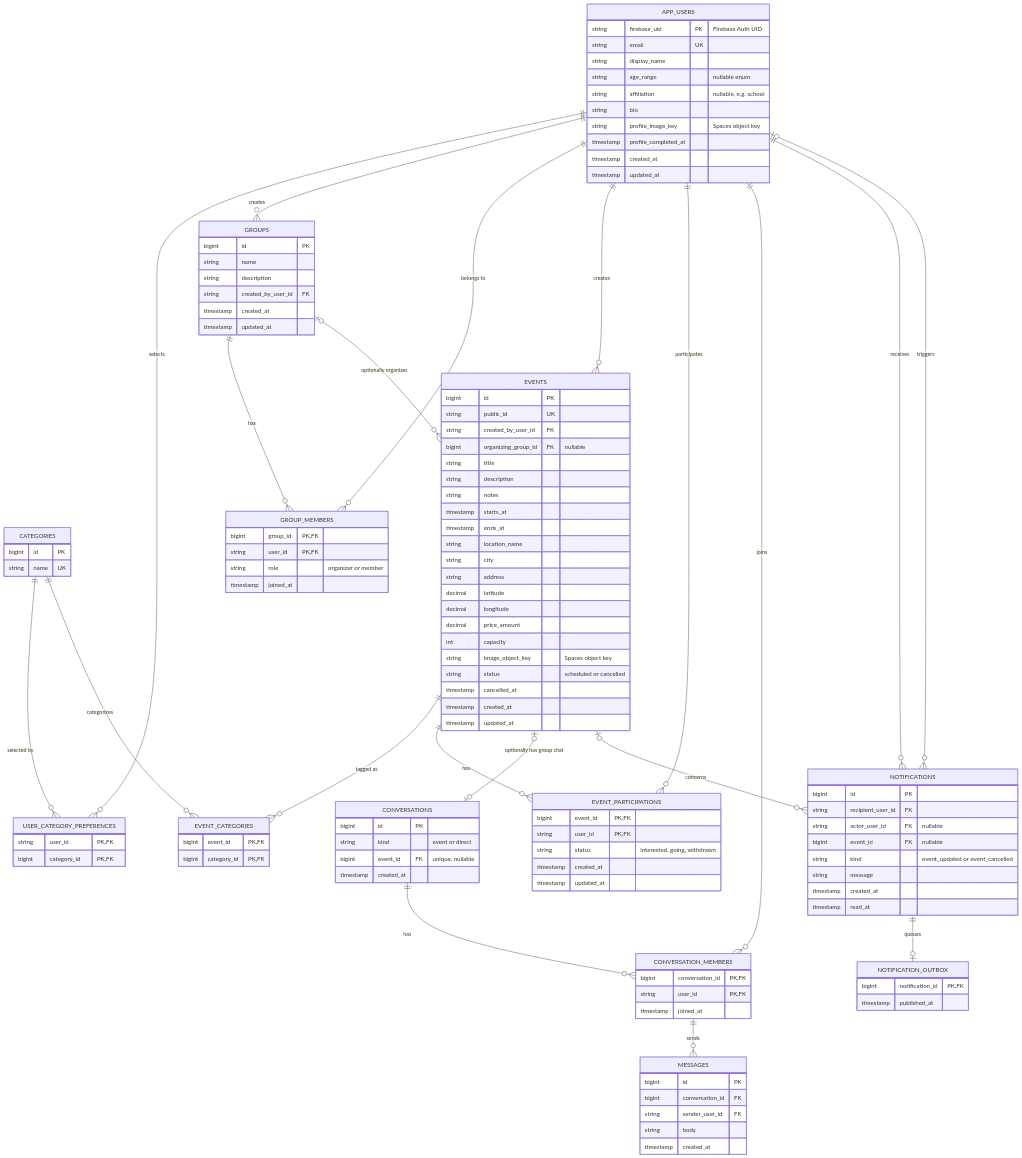
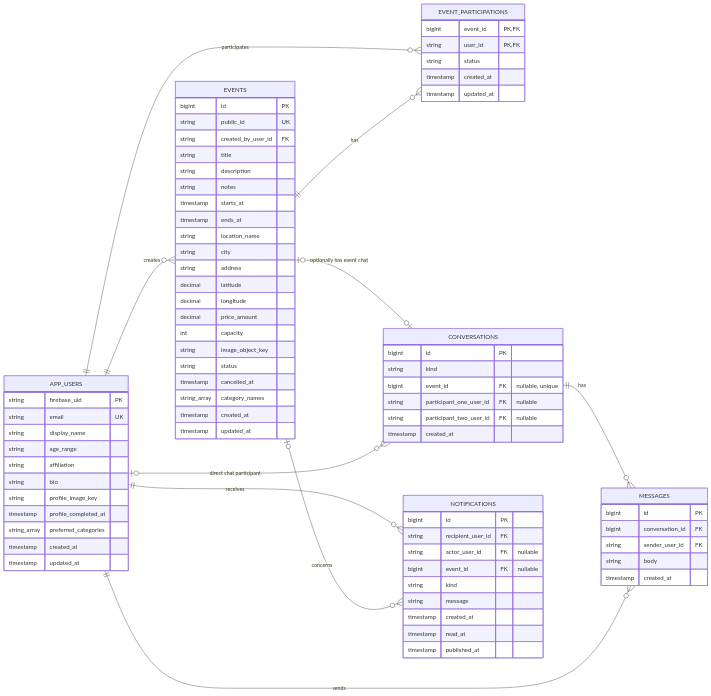
One commit to IreneLime/event-buddy-finder changed the diagram in images/database-erd.mmd. Above: the diagram before and after it, drawn with Mermaid. The commit also changed 32 other files, not shown here.

Commit message:
Implement six-table PostgreSQL schema consolidation

```diff
--- a/images/database-erd.mmd
+++ b/images/database-erd.mmd
@@ -1,134 +1,87 @@
-%%{init: {"er": {"fontSize": 12}}}%%
+%%{init: {"er": {"fontSize": 11}}}%%
 erDiagram
-    APP_USERS ||--o{ USER_CATEGORY_PREFERENCES : selects
-    CATEGORIES ||--o{ USER_CATEGORY_PREFERENCES : "selected by"
-    APP_USERS ||--o{ GROUPS : creates
-    APP_USERS ||--o{ GROUP_MEMBERS : "belongs to"
-    GROUPS ||--o{ GROUP_MEMBERS : has
+    direction LR
     APP_USERS ||--o{ EVENTS : creates
-    GROUPS |o--o{ EVENTS : "optionally organizes"
-    EVENTS ||--o{ EVENT_CATEGORIES : "tagged as"
-    CATEGORIES ||--o{ EVENT_CATEGORIES : categorizes
+    APP_USERS ||--o{ EVENT_PARTICIPATIONS : participates
     EVENTS ||--o{ EVENT_PARTICIPATIONS : has
-    APP_USERS ||--o{ EVENT_PARTICIPATIONS : participates
-    EVENTS |o--o| CONVERSATIONS : "optionally has group chat"
-    CONVERSATIONS ||--o{ CONVERSATION_MEMBERS : has
-    APP_USERS ||--o{ CONVERSATION_MEMBERS : joins
-    CONVERSATION_MEMBERS ||--o{ MESSAGES : sends
+    EVENTS |o--o| CONVERSATIONS : "optionally has event chat"
+    APP_USERS |o--o{ CONVERSATIONS : "direct chat participant"
+    CONVERSATIONS ||--o{ MESSAGES : has
+    APP_USERS ||--o{ MESSAGES : sends
     APP_USERS ||--o{ NOTIFICATIONS : receives
-    APP_USERS |o--o{ NOTIFICATIONS : triggers
     EVENTS |o--o{ NOTIFICATIONS : concerns
-    NOTIFICATIONS ||--o| NOTIFICATION_OUTBOX : queues
 
     APP_USERS {
-        string firebase_uid PK "Firebase Auth UID"
+        string firebase_uid PK
         string email UK
         string display_name
-        string age_range "nullable enum"
-        string affiliation "nullable, e.g. school"
+        string age_range
+        string affiliation
         string bio
-        string profile_image_key "Spaces object key"
+        string profile_image_key
         timestamp profile_completed_at
+        string_array preferred_categories
         timestamp created_at
         timestamp updated_at
-    }
-
-    CATEGORIES {
-        bigint id PK
-        string name UK
-    }
-
-    USER_CATEGORY_PREFERENCES {
-        string user_id PK, FK
-        bigint category_id PK, FK
-    }
-
-    GROUPS {
-        bigint id PK
-        string name
-        string description
-        string created_by_user_id FK
-        timestamp created_at
-        timestamp updated_at
-    }
-
-    GROUP_MEMBERS {
-        bigint group_id PK, FK
-        string user_id PK, FK
-        string role "organizer or member"
-        timestamp joined_at
     }
 
     EVENTS {
         bigint id PK
         string public_id UK
         string created_by_user_id FK
-        bigint organizing_group_id FK "nullable"
         string title
         string description
         string notes
         timestamp starts_at
         timestamp ends_at
         string location_name
         string city
         string address
         decimal latitude
         decimal longitude
         decimal price_amount
         int capacity
-        string image_object_key "Spaces object key"
-        string status "scheduled or cancelled"
+        string image_object_key
+        string status
         timestamp cancelled_at
+        string_array category_names
         timestamp created_at
         timestamp updated_at
-    }
-
-    EVENT_CATEGORIES {
-        bigint event_id PK, FK
-        bigint category_id PK, FK
     }
 
     EVENT_PARTICIPATIONS {
         bigint event_id PK, FK
         string user_id PK, FK
-        string status "interested, going, withdrawn"
+        string status
         timestamp created_at
         timestamp updated_at
     }
 
     CONVERSATIONS {
         bigint id PK
-        string kind "event or direct"
-        bigint event_id FK "unique, nullable"
+        string kind
+        bigint event_id FK "nullable, unique"
+        string participant_one_user_id FK "nullable"
+        string participant_two_user_id FK "nullable"
         timestamp created_at
-    }
-
-    CONVERSATION_MEMBERS {
-        bigint conversation_id PK, FK
-        string user_id PK, FK
-        timestamp joined_at
     }
 
     MESSAGES {
         bigint id PK
         bigint conversation_id FK
         string sender_user_id FK
         string body
         timestamp created_at
     }
 
     NOTIFICATIONS {
         bigint id PK
         string recipient_user_id FK
         string actor_user_id FK "nullable"
         bigint event_id FK "nullable"
-        string kind "event_updated or event_cancelled"
+        string kind
         string message
         timestamp created_at
         timestamp read_at
-    }
-
-    NOTIFICATION_OUTBOX {
-        bigint notification_id PK, FK
         timestamp published_at
     }
```
